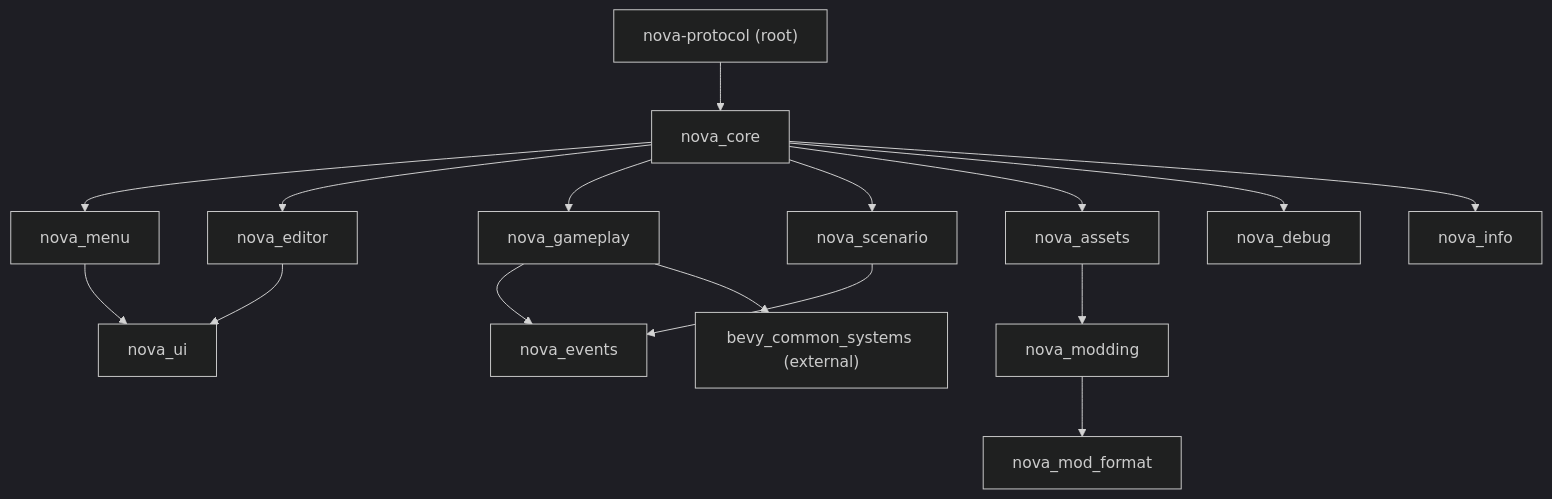
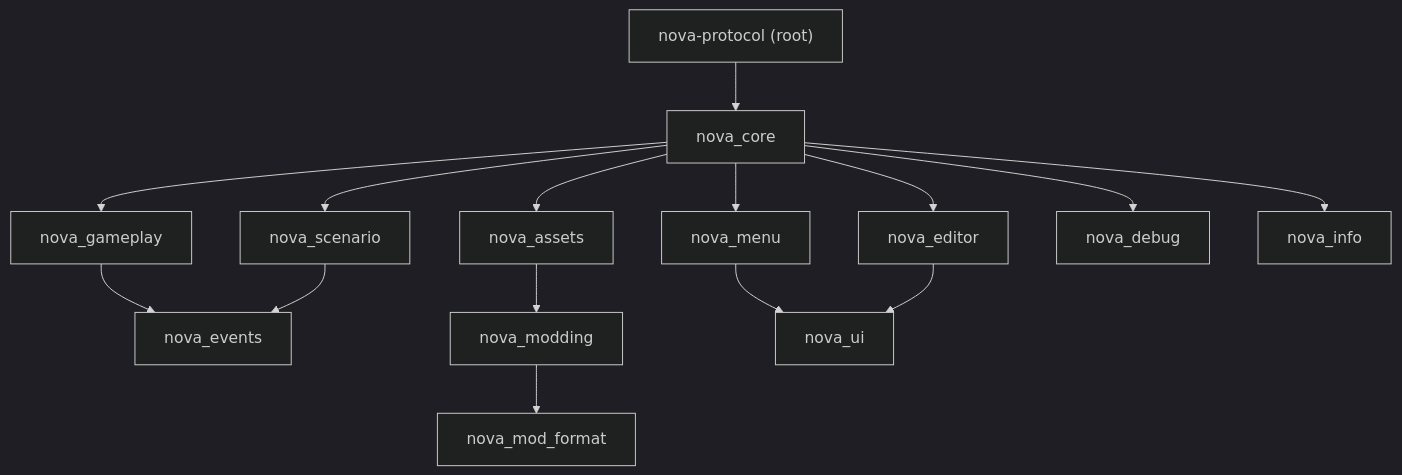
One commit to alexjercan/nova-protocol changed the first of 3 diagrams in web/src/wiki/dev/architecture.md. Above: the diagram before and after it, drawn with Mermaid (dark theme). The commit also changed other lines of this file and 24 other files, not shown here.

First line of the commit message:
refactor(20260806-180450): delete the bevy-common-systems dependency

````diff
--- a/web/src/wiki/dev/architecture.md
+++ b/web/src/wiki/dev/architecture.md
@@ -32,18 +32,17 @@
 ```mermaid
 graph TD
     root["nova-protocol (root)"] --> core["nova_core"]
     core --> menu["nova_menu"]
     core --> editor["nova_editor"]
     core --> gameplay["nova_gameplay"]
     core --> scenario["nova_scenario"]
     core --> assets["nova_assets"]
     gameplay --> events["nova_events"]
     scenario --> events
     assets --> modding["nova_modding"]
     modding --> modfmt["nova_mod_format"]
     menu --> ui["nova_ui"]
     editor --> ui
     core --> debug["nova_debug"]
     core --> info["nova_info"]
-    gameplay --> bcs["bevy_common_systems (external)"]
 ```
````
